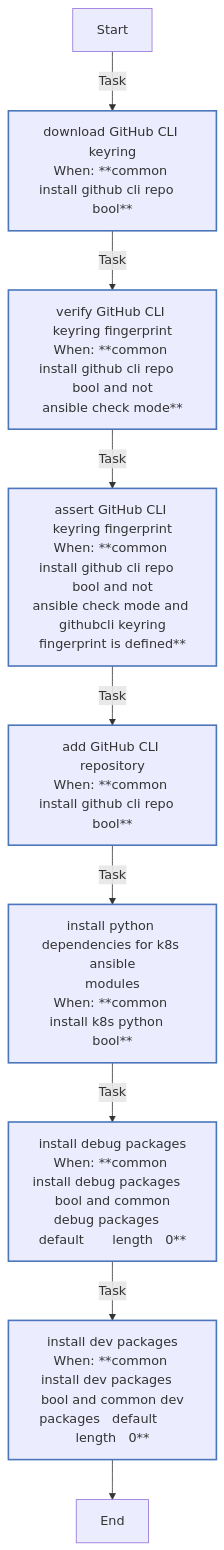
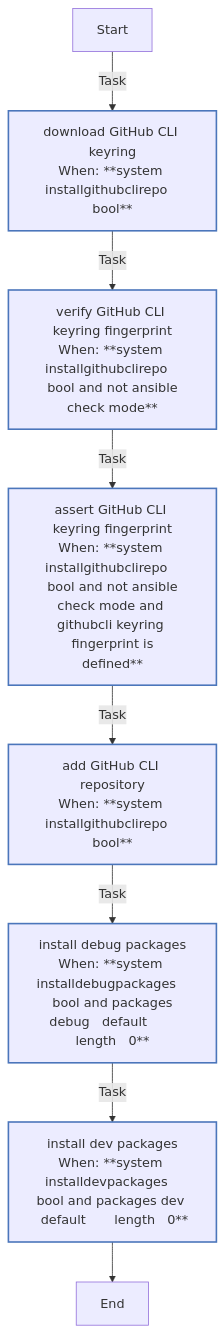
The second of 8 diagrams in roles/common/README.md (rou-cru/k3s-homelab), drawn with Mermaid before and after one commit. The commit also changed other lines of this file and 277 other files, not shown here.

````diff
--- a/roles/common/README.md
+++ b/roles/common/README.md
@@ -550,21 +392,20 @@
 ```mermaid
 flowchart TD
 Start
 classDef block stroke:#3498db,stroke-width:2px;
 classDef task stroke:#4b76bb,stroke-width:2px;
 classDef includeTasks stroke:#16a085,stroke-width:2px;
 classDef importTasks stroke:#34495e,stroke-width:2px;
 classDef includeRole stroke:#2980b9,stroke-width:2px;
 classDef importRole stroke:#699ba7,stroke-width:2px;
 classDef includeVars stroke:#8e44ad,stroke-width:2px;
 classDef rescue stroke:#665352,stroke-width:2px;
 
-  Start-->|Task| Download_GitHub_CLI_keyring0[download GitHub CLI keyring<br>When: **common install github cli repo   bool**]:::task
-  Download_GitHub_CLI_keyring0-->|Task| Verify_GitHub_CLI_keyring_fingerprint1[verify GitHub CLI keyring fingerprint<br>When: **common install github cli repo   bool and not<br>ansible check mode**]:::task
-  Verify_GitHub_CLI_keyring_fingerprint1-->|Task| Assert_GitHub_CLI_keyring_fingerprint2[assert GitHub CLI keyring fingerprint<br>When: **common install github cli repo   bool and not<br>ansible check mode and githubcli keyring<br>fingerprint is defined**]:::task
-  Assert_GitHub_CLI_keyring_fingerprint2-->|Task| Add_GitHub_CLI_repository3[add GitHub CLI repository<br>When: **common install github cli repo   bool**]:::task
-  Add_GitHub_CLI_repository3-->|Task| Install_Python_dependencies_for_K8s_Ansible_modules4[install python dependencies for k8s ansible<br>modules<br>When: **common install k8s python   bool**]:::task
-  Install_Python_dependencies_for_K8s_Ansible_modules4-->|Task| Install_debug_packages5[install debug packages<br>When: **common install debug packages   bool and common<br>debug packages   default       length   0**]:::task
-  Install_debug_packages5-->|Task| Install_dev_packages6[install dev packages<br>When: **common install dev packages   bool and common dev<br>packages   default       length   0**]:::task
-  Install_dev_packages6-->End
+  Start-->|Task| Download_GitHub_CLI_keyring0[download GitHub CLI keyring<br>When: **system installgithubclirepo   bool**]:::task
+  Download_GitHub_CLI_keyring0-->|Task| Verify_GitHub_CLI_keyring_fingerprint1[verify GitHub CLI keyring fingerprint<br>When: **system installgithubclirepo   bool and not ansible<br>check mode**]:::task
+  Verify_GitHub_CLI_keyring_fingerprint1-->|Task| Assert_GitHub_CLI_keyring_fingerprint2[assert GitHub CLI keyring fingerprint<br>When: **system installgithubclirepo   bool and not ansible<br>check mode and githubcli keyring fingerprint is<br>defined**]:::task
+  Assert_GitHub_CLI_keyring_fingerprint2-->|Task| Add_GitHub_CLI_repository3[add GitHub CLI repository<br>When: **system installgithubclirepo   bool**]:::task
+  Add_GitHub_CLI_repository3-->|Task| Install_debug_packages4[install debug packages<br>When: **system installdebugpackages   bool and packages<br>debug   default       length   0**]:::task
+  Install_debug_packages4-->|Task| Install_dev_packages5[install dev packages<br>When: **system installdevpackages   bool and packages dev <br> default       length   0**]:::task
+  Install_dev_packages5-->End
 ```
````
